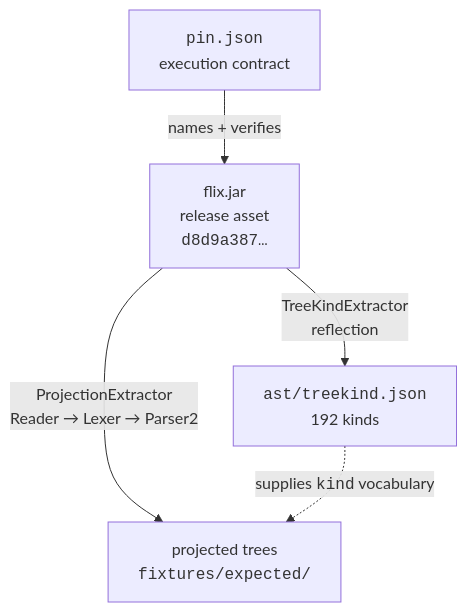
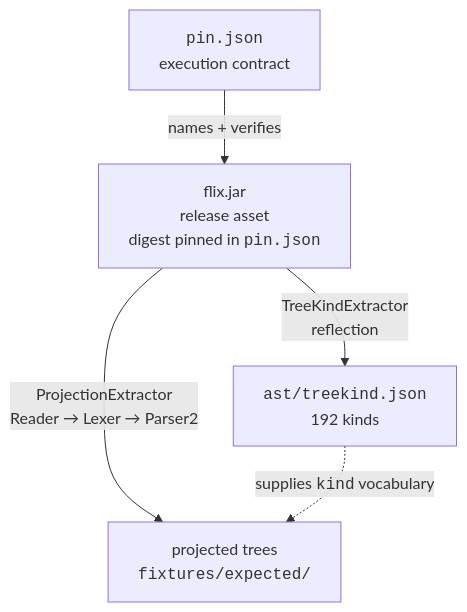
One commit to wstein/flix-spec changed the diagram in README.md. Above: the diagram before and after it, drawn with Mermaid. The commit also changed other lines of this file and 4 other files, not shown here.

````diff
--- a/README.md
+++ b/README.md
@@ -140,12 +143,12 @@
 ```mermaid
 flowchart TD
-    REL["flix.jar<br/>release asset<br/><code>d8d9a387…</code>"]
+    REL["flix.jar<br/>release asset<br/>digest pinned in <code>pin.json</code>"]
     PIN["<code>pin.json</code><br/>execution contract"]
     TK["<code>ast/treekind.json</code><br/>192 kinds"]
     PROJ["projected trees<br/><code>fixtures/expected/</code>"]
 
     PIN -->|"names + verifies"| REL
     REL -->|"TreeKindExtractor<br/>reflection"| TK
     REL -->|"ProjectionExtractor<br/>Reader → Lexer → Parser2"| PROJ
     TK -.->|"supplies <code>kind</code> vocabulary"| PROJ
 ```
````
